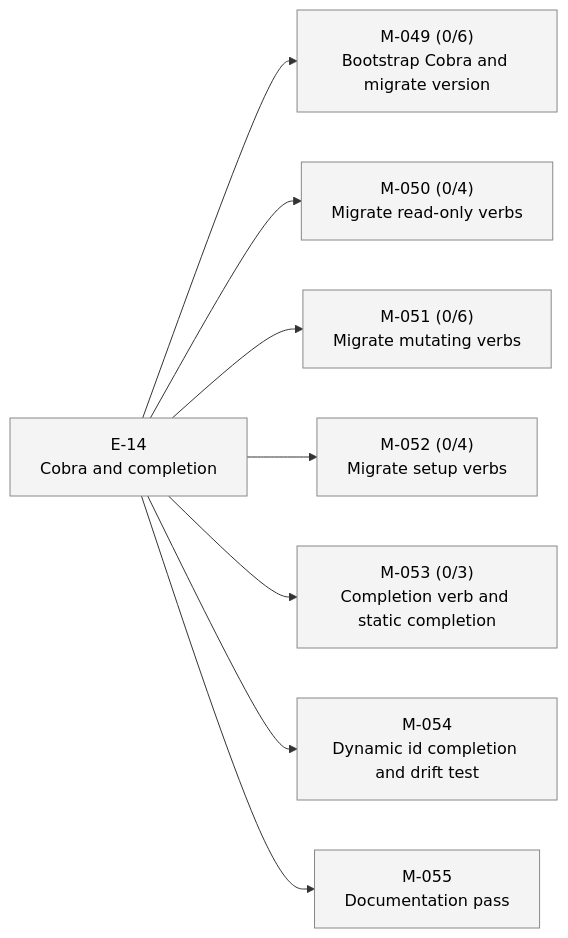
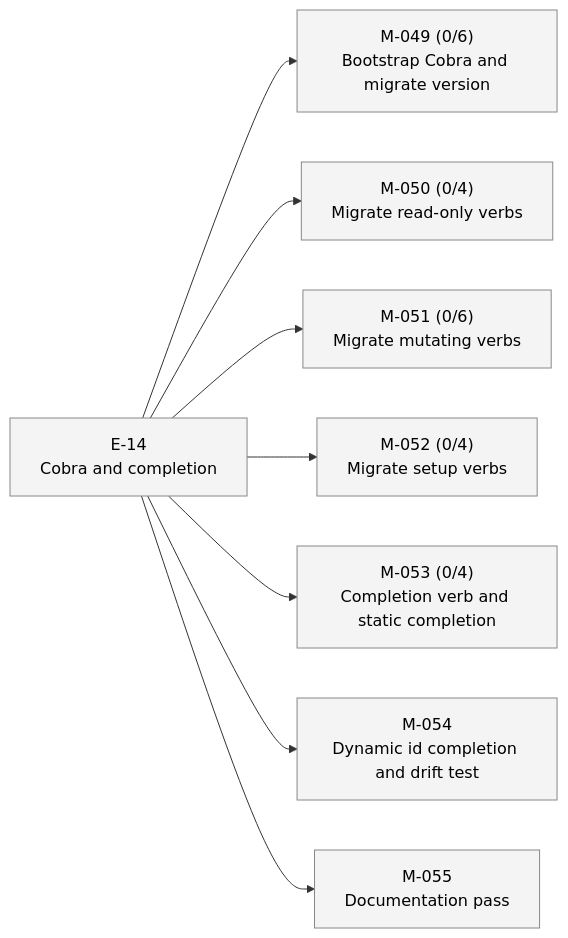
Before and after one commit to 23min/aiwf: the second of 2 diagrams in STATUS.md, drawn with Mermaid. The commit also changed other lines of this file and 1 other file, not shown here.

````diff
--- a/STATUS.md
+++ b/STATUS.md
@@ -38,24 +38,24 @@
 ```mermaid
 flowchart LR
   E_14["E-14<br/>Cobra and completion"]:::epic_proposed
   M_049["M-049 (0/6)<br/>Bootstrap Cobra and migrate version"]:::ms_draft
   E_14 --> M_049
   M_050["M-050 (0/4)<br/>Migrate read-only verbs"]:::ms_draft
   E_14 --> M_050
   M_051["M-051 (0/6)<br/>Migrate mutating verbs"]:::ms_draft
   E_14 --> M_051
   M_052["M-052 (0/4)<br/>Migrate setup verbs"]:::ms_draft
   E_14 --> M_052
-  M_053["M-053 (0/3)<br/>Completion verb and static completion"]:::ms_draft
+  M_053["M-053 (0/4)<br/>Completion verb and static completion"]:::ms_draft
   E_14 --> M_053
   M_054["M-054<br/>Dynamic id completion and drift test"]:::ms_draft
   E_14 --> M_054
   M_055["M-055<br/>Documentation pass"]:::ms_draft
   E_14 --> M_055
   classDef epic_active fill:#d6eaff,stroke:#1a73e8,color:#000
   classDef epic_proposed fill:#f4f4f4,stroke:#888,color:#000
   classDef ms_done fill:#d8f5d8,stroke:#2a8a2a,color:#000
   classDef ms_in_progress fill:#fff3c4,stroke:#caa400,color:#000
   classDef ms_draft fill:#f4f4f4,stroke:#888,color:#000
   classDef ms_cancelled fill:#fbeaea,stroke:#c33,color:#000
 ```
````
